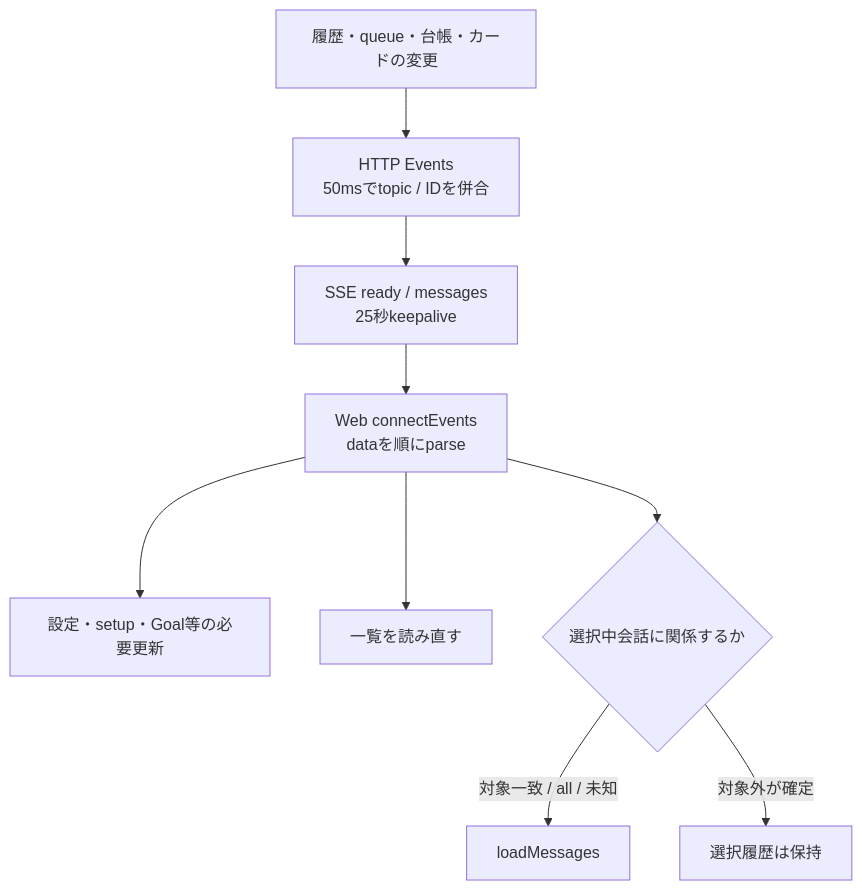
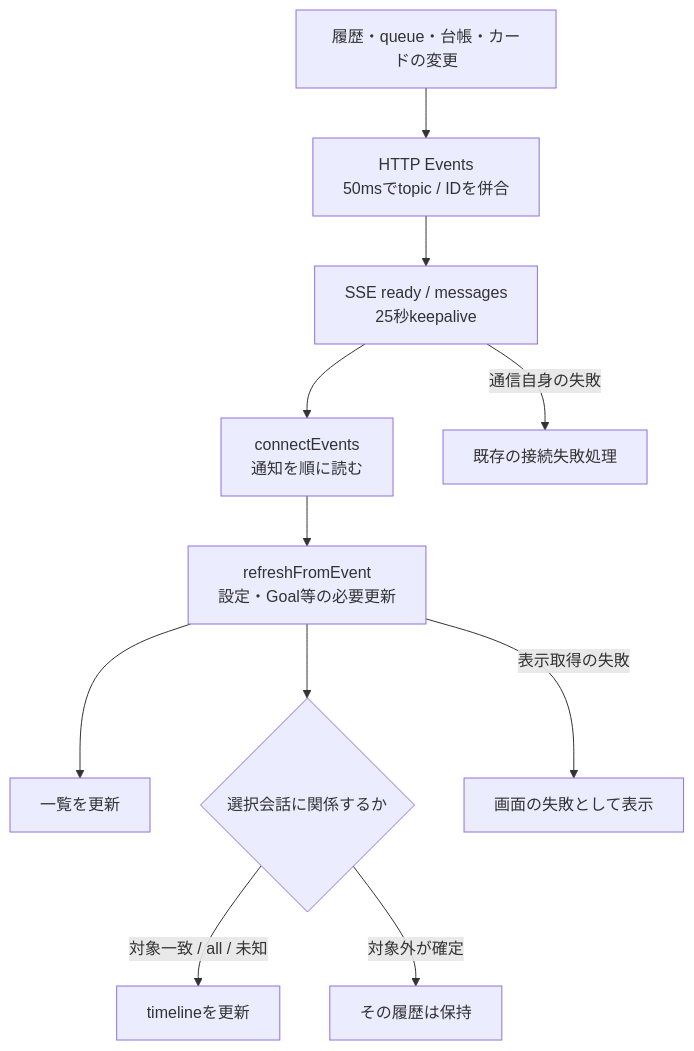
The third of 3 diagrams in docs/architecture/web-details.md (kitepon/BellTeam), drawn with Mermaid before and after one commit. The commit also changed other lines of this file and 18 other files, not shown here.

````diff
--- a/docs/architecture/web-details.md
+++ b/docs/architecture/web-details.md
@@ -76,11 +78,13 @@
 ```mermaid
 flowchart TD
   Producers["履歴・queue・台帳・カードの変更"] --> Merge["HTTP Events<br/>50msでtopic / IDを併合"]
   Merge --> SSE["SSE ready / messages<br/>25秒keepalive"]
-  SSE --> Parse["Web connectEvents<br/>dataを順にparse"]
-  Parse --> Special["設定・setup・Goal等の必要更新"]
-  Parse --> Lists["一覧を読み直す"]
-  Parse --> Affects{"選択中会話に関係するか"}
-  Affects -->|"対象一致 / all / 未知"| History["loadMessages"]
-  Affects -->|"対象外が確定"| Keep["選択履歴は保持"]
+  SSE --> Parse["connectEvents<br/>通知を順に読む"]
+  Parse --> Refresh["refreshFromEvent<br/>設定・Goal等の必要更新"]
+  Refresh --> Lists["一覧を更新"]
+  Refresh --> Affects{"選択会話に関係するか"}
+  Affects -->|"対象一致 / all / 未知"| History["timelineを更新"]
+  Affects -->|"対象外が確定"| Keep["その履歴は保持"]
+  Refresh -->|"表示取得の失敗"| ViewError["画面の失敗として表示"]
+  SSE -->|"通信自身の失敗"| Connection["既存の接続失敗処理"]
 ```
````
